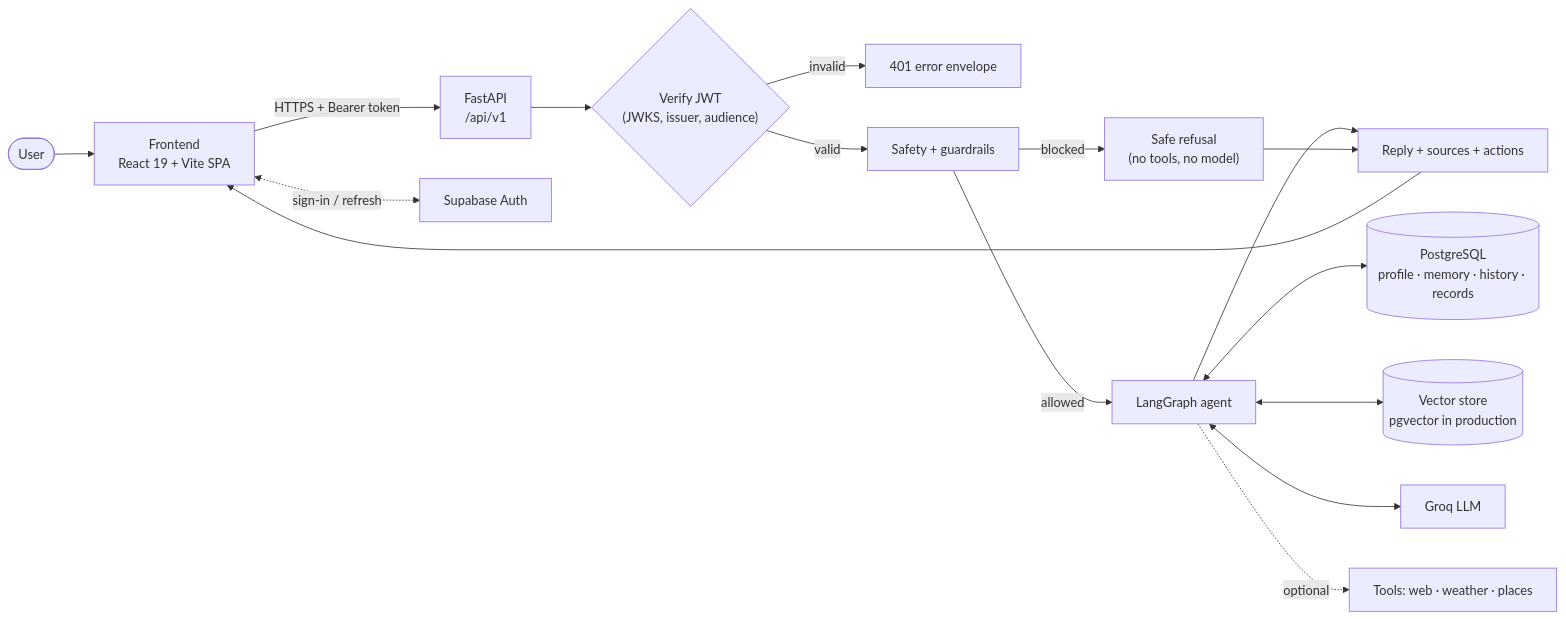
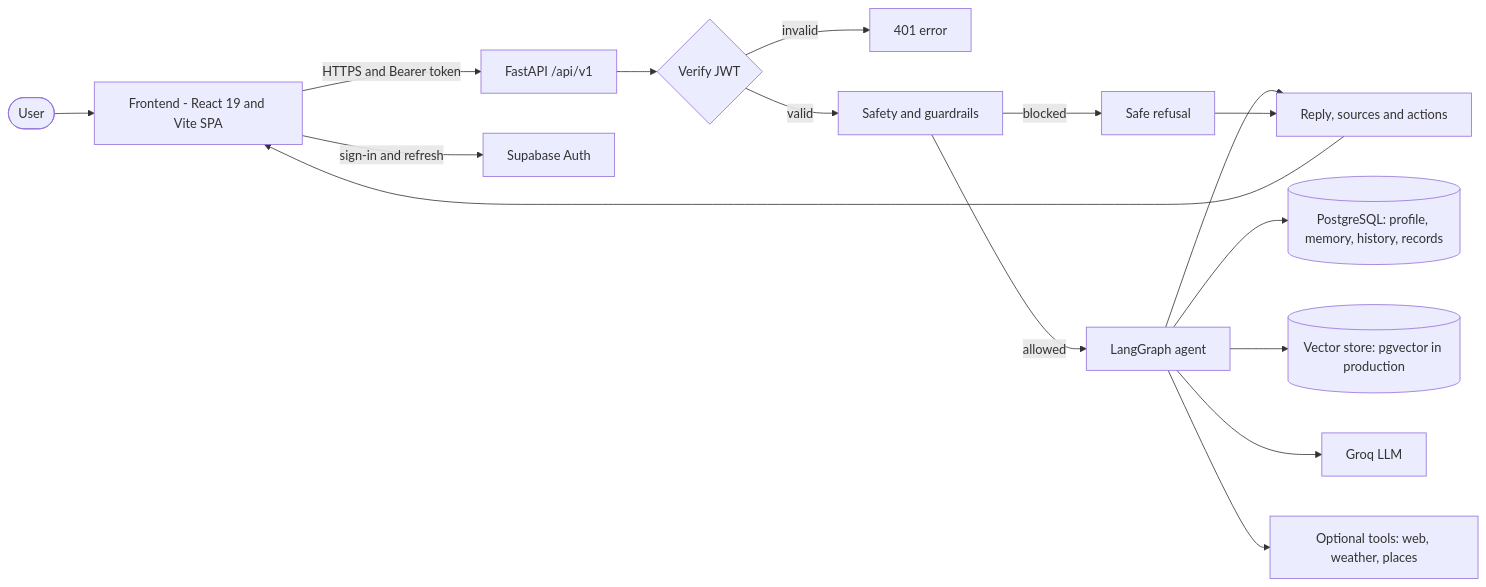
One commit to prnvvv/FitAI changed the first of 3 diagrams in README.md. Above: the diagram before and after it, drawn with Mermaid. The commit also changed other lines of this file and 2 other files, not shown here.

First line of the commit message:
Optimize frontend build, enhance testing, and update documentation (#50)

````diff
--- a/README.md
+++ b/README.md
@@ -107,18 +108,18 @@
 ```mermaid
 flowchart LR
-    U([User]) --> FE["Frontend<br/>React 19 + Vite SPA"]
-    FE -- "HTTPS + Bearer token" --> API["FastAPI<br/>/api/v1"]
-    FE <-. "sign-in / refresh" .-> SA["Supabase Auth"]
-    API --> AUTH{"Verify JWT<br/>(JWKS, issuer, audience)"}
-    AUTH -- invalid --> E401["401 error envelope"]
-    AUTH -- valid --> SAFE["Safety + guardrails"]
-    SAFE -- blocked --> REF["Safe refusal<br/>(no tools, no model)"]
-    SAFE -- allowed --> G["LangGraph agent"]
-    G <--> PG[("PostgreSQL<br/>profile · memory · history · records")]
-    G <--> VS[("Vector store<br/>pgvector in production")]
-    G <--> LLM["Groq LLM"]
-    G -. optional .-> T["Tools: web · weather · places"]
-    G --> RESP["Reply + sources + actions"]
+    U([User]) --> FE["Frontend - React 19 and Vite SPA"]
+    FE -->|HTTPS and Bearer token| API["FastAPI /api/v1"]
+    FE -->|sign-in and refresh| SA["Supabase Auth"]
+    API --> AUTH{"Verify JWT"}
+    AUTH -->|invalid| E401["401 error"]
+    AUTH -->|valid| SAFE["Safety and guardrails"]
+    SAFE -->|blocked| REF["Safe refusal"]
+    SAFE -->|allowed| G["LangGraph agent"]
+    G --> PG[("PostgreSQL: profile, memory, history, records")]
+    G --> VS[("Vector store: pgvector in production")]
+    G --> LLM["Groq LLM"]
+    G --> T["Optional tools: web, weather, places"]
+    G --> RESP["Reply, sources and actions"]
     REF --> RESP
     RESP --> FE
 ```
````
